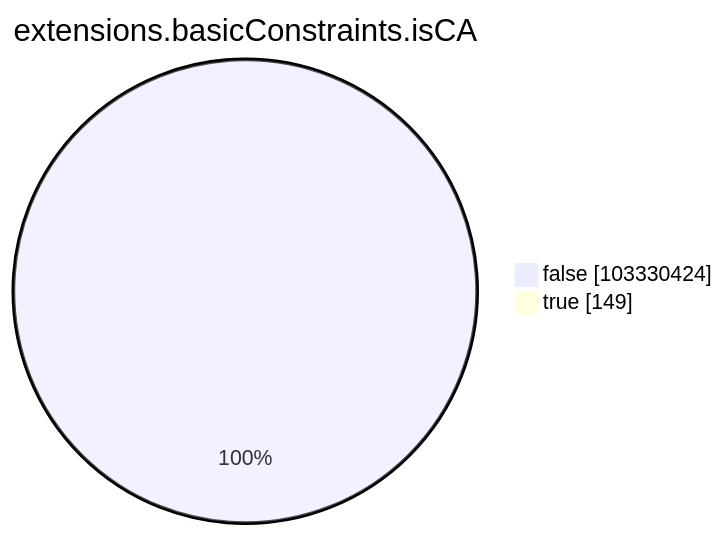
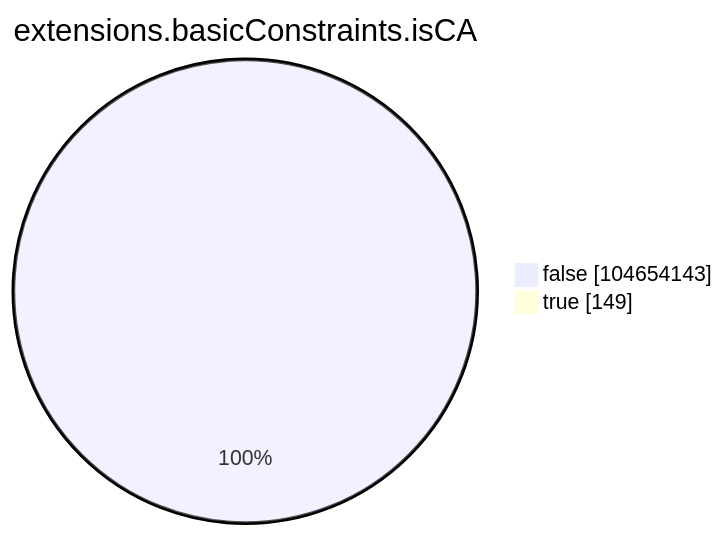
The seventh of 15 diagrams in xenon2023/README.md (christiankrug/ctmonitor_visualization), drawn with Mermaid before and after one commit. The commit also changed other lines of this file, not shown here.

````diff
--- a/xenon2023/README.md
+++ b/xenon2023/README.md
@@ -2117,6 +2124,6 @@
 ```mermaid
 pie showData
 title extensions.basicConstraints.isCA
-"false" :103330424
+"false" :104654143
 "true" :149
 ```
````
